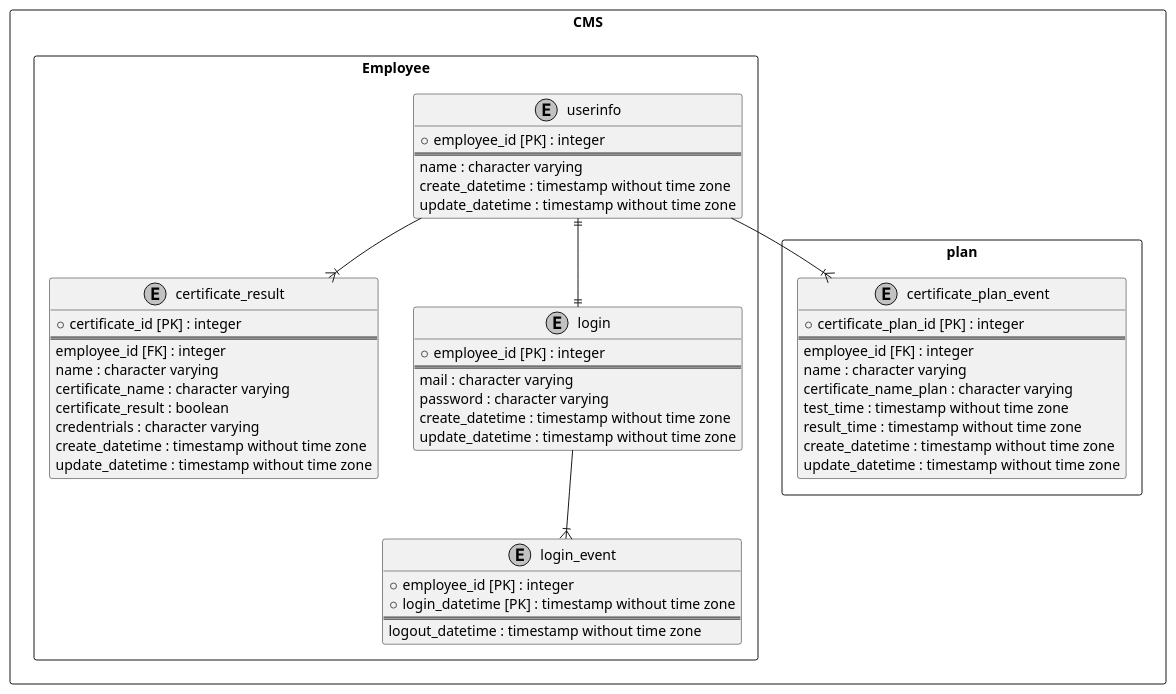
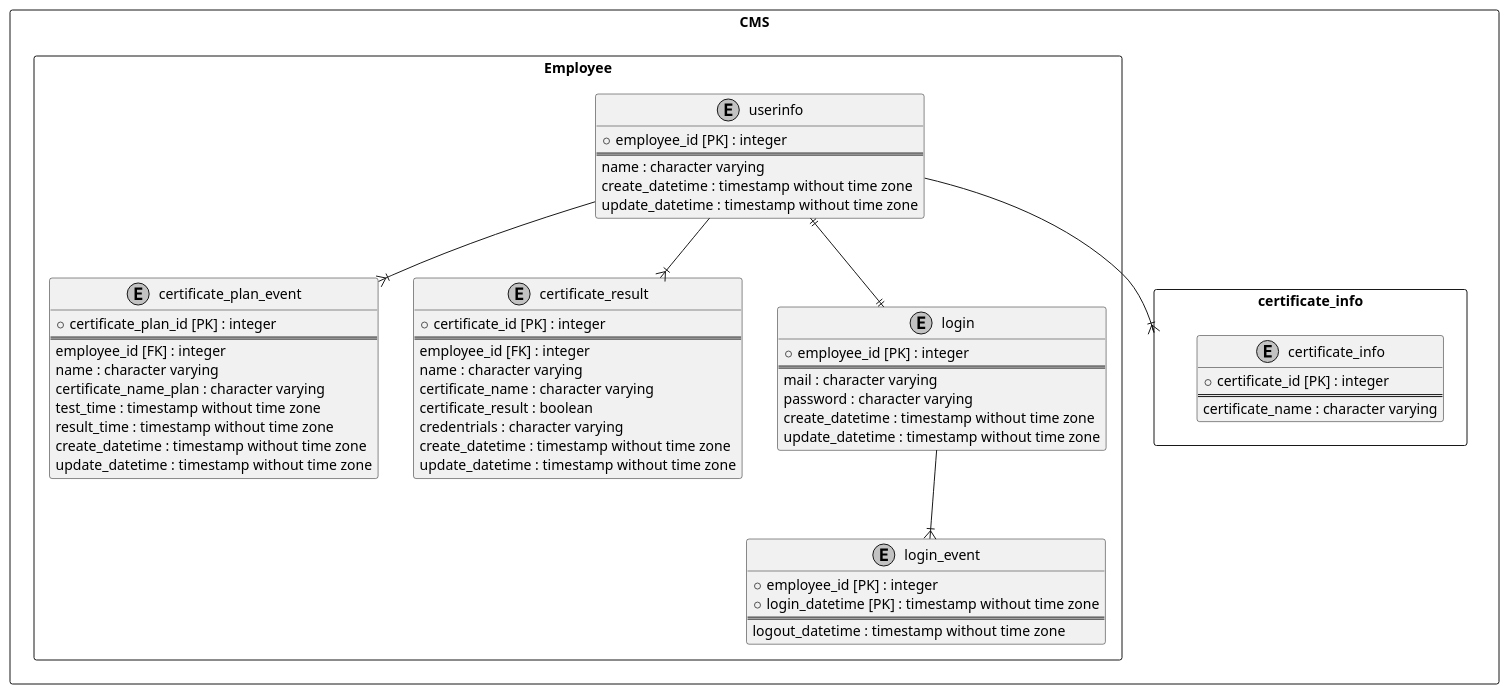
One commit to IotaTech-Info/certificate-online changed the diagram in doc/20_基本設計/03_DB系/CMS-ER.puml. Above: the diagram before and after it, drawn with PlantUML. The commit also changed 1 other file, not shown here.

```diff
--- a/doc/20_基本設計/03_DB系/CMS-ER.puml
+++ b/doc/20_基本設計/03_DB系/CMS-ER.puml
@@ -1,68 +1,77 @@
 @startuml
 
 skinparam monochrome true
 
 package "CMS" <<rectangle>> {
   package "Employee" <<rectangle>> {
     ' テーブル
     entity "userinfo" {
       + employee_id [PK] : integer
       ==
       name : character varying
+      create_datetime : timestamp without time zone
+      update_datetime : timestamp without time zone
+    }
+    entity "certificate_plan_event"{
+      + certificate_plan_id [PK] : integer
+      ==
+      employee_id [FK] : integer
+      name : character varying
+      certificate_name_plan : character varying
+      test_time : timestamp without time zone
+      result_time : timestamp without time zone
       create_datetime : timestamp without time zone
       update_datetime : timestamp without time zone
     }
     entity "certificate_result" {
       + certificate_id [PK] : integer
       ==
       employee_id [FK] : integer
       name : character varying
       certificate_name : character varying
       certificate_result : boolean
       credentrials : character varying
       create_datetime : timestamp without time zone
       update_datetime : timestamp without time zone
     }
     entity "login" {
       + employee_id [PK] : integer
       ==
       mail : character varying
       password : character varying
       create_datetime : timestamp without time zone
       update_datetime : timestamp without time zone
     }
     entity "login_event" {
       + employee_id [PK] : integer
       + login_datetime [PK] : timestamp without time zone
       ==
       logout_datetime : timestamp without time zone
     }
 
+
     ' リレーション
+    userinfo --|{ certificate_plan_event
     userinfo ||--|| login
     userinfo --|{ certificate_result
     login --|{ login_event
+
   }
 
-  package "plan" <<rectangle>>{
+  package "certificate_info" <<rectangle>>{
     ' テーブル
-    entity "certificate_plan_event"{
-      + certificate_plan_id [PK] : integer
+    entity "certificate_info" {
+      + certificate_id [PK] : integer
       ==
-      employee_id [FK] : integer
-      name : character varying
-      certificate_name_plan : character varying
-      test_time : timestamp without time zone
-      result_time : timestamp without time zone
-      create_datetime : timestamp without time zone
-      update_datetime : timestamp without time zone
+      certificate_name : character varying
     }
+
 
   }
 
 
   ' リレーション
-  userinfo --|{ certificate_plan_event
+userinfo --|{ certificate_info
 
 }
 @enduml
```
